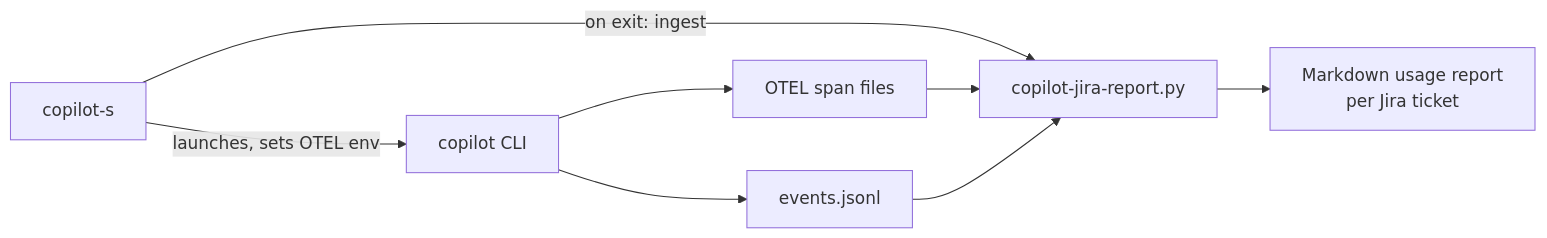
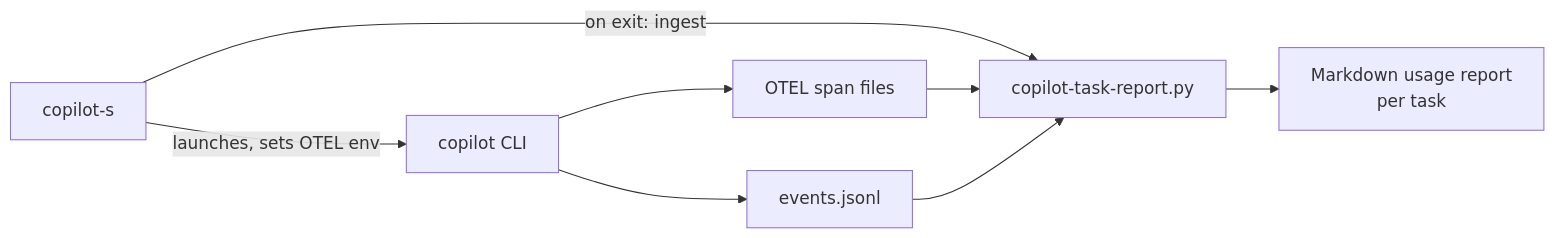
One commit to a-wf/copilot-workbench changed the diagram in README.md. Above: the diagram before and after it, drawn with Mermaid. The commit also changed other lines of this file and 16 other files, not shown here.

````diff
--- a/README.md
+++ b/README.md
@@ -41,10 +41,10 @@
 ```mermaid
 flowchart LR
     CS["copilot-s"] -->|launches, sets OTEL env| COPILOT["copilot CLI"]
     COPILOT --> OTEL["OTEL span files"]
     COPILOT --> EVENTS["events.jsonl"]
-    CS -->|on exit: ingest| HELPER["copilot-jira-report.py"]
+    CS -->|on exit: ingest| HELPER["copilot-task-report.py"]
     OTEL --> HELPER
     EVENTS --> HELPER
-    HELPER --> REPORT["Markdown usage report\nper Jira ticket"]
+    HELPER --> REPORT["Markdown usage report\nper task"]
 ```
````
